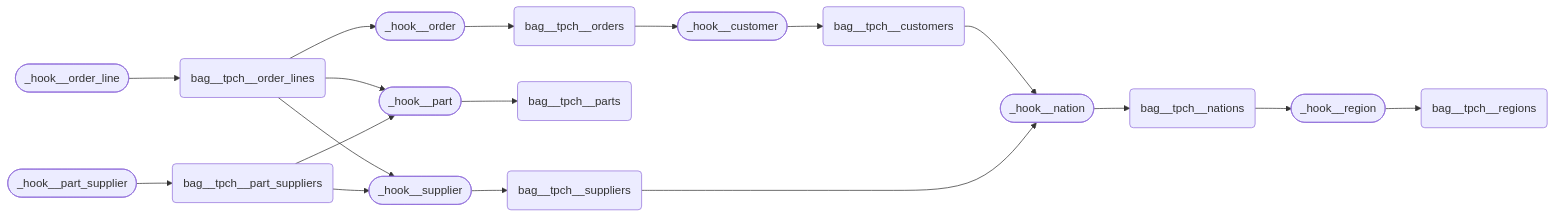
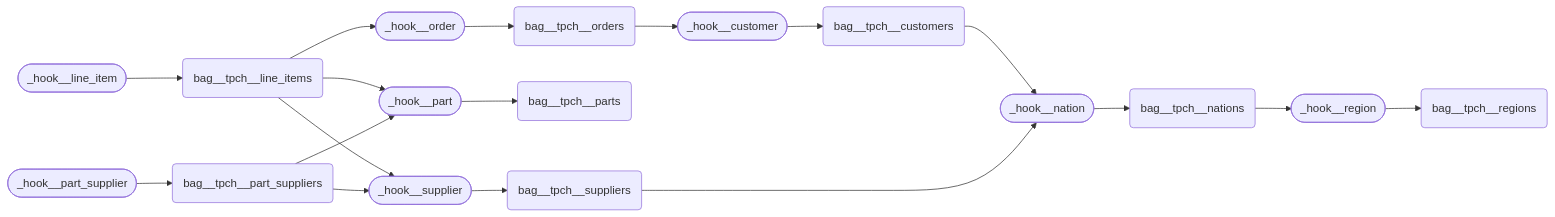
One commit to mattiasthalen/tpch changed the third of 4 diagrams in README.md. Above: the diagram before and after it, drawn with Mermaid. The commit also changed other lines of this file and 25 other files, not shown here.

````diff
--- a/README.md
+++ b/README.md
@@ -152,45 +152,45 @@
 ```mermaid
 flowchart LR
     %% Bags
     bag__tpch__customers("bag__tpch__customers")
     bag__tpch__nations("bag__tpch__nations")
-    bag__tpch__order_lines("bag__tpch__order_lines")
+    bag__tpch__line_items("bag__tpch__line_items")
     bag__tpch__orders("bag__tpch__orders")
     bag__tpch__part_suppliers("bag__tpch__part_suppliers")
     bag__tpch__parts("bag__tpch__parts")
     bag__tpch__regions("bag__tpch__regions")
     bag__tpch__suppliers("bag__tpch__suppliers")
 
     %% Hooks
     _hook__order(["_hook__order"])
     _hook__customer(["_hook__customer"])
     _hook__part(["_hook__part"])
     _hook__supplier(["_hook__supplier"])
     _hook__region(["_hook__region"])
     _hook__nation(["_hook__nation"])
-    _hook__order_line(["_hook__order_line"])
+    _hook__line_item(["_hook__line_item"])
     _hook__part_supplier(["_hook__part_supplier"])
 
     %% Relations
-    _hook__order_line --> bag__tpch__order_lines
+    _hook__line_item --> bag__tpch__line_items
 
-    bag__tpch__order_lines --> _hook__order
+    bag__tpch__line_items --> _hook__order
     _hook__order --> bag__tpch__orders
     bag__tpch__orders --> _hook__customer
     _hook__customer --> bag__tpch__customers
     bag__tpch__customers --> _hook__nation
     _hook__nation --> bag__tpch__nations
     bag__tpch__nations --> _hook__region
     _hook__region --> bag__tpch__regions
 
-    bag__tpch__order_lines -->_hook__part
+    bag__tpch__line_items -->_hook__part
     _hook__part --> bag__tpch__parts
 
-    bag__tpch__order_lines --> _hook__supplier
+    bag__tpch__line_items --> _hook__supplier
     _hook__supplier --> bag__tpch__suppliers
     bag__tpch__suppliers --> _hook__nation
 
     _hook__part_supplier --> bag__tpch__part_suppliers
     bag__tpch__part_suppliers --> _hook__supplier
     bag__tpch__part_suppliers --> _hook__part
 ```
````
